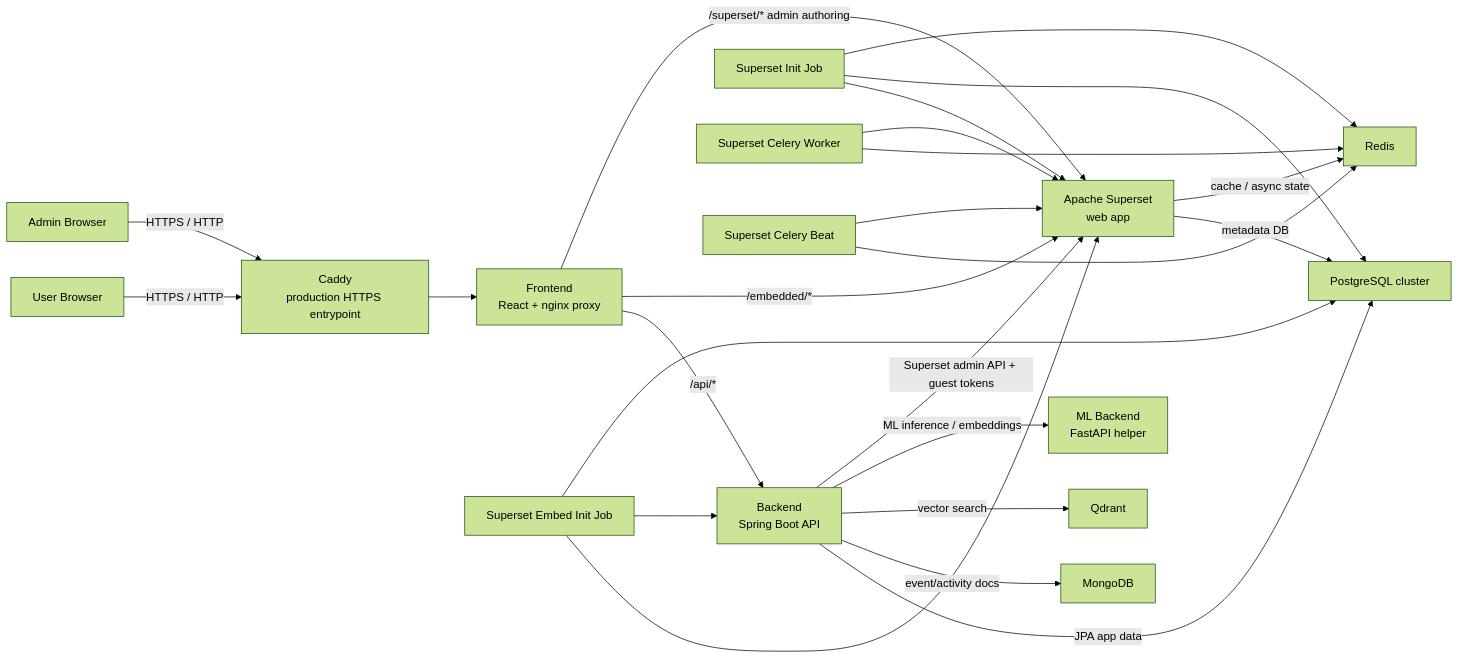
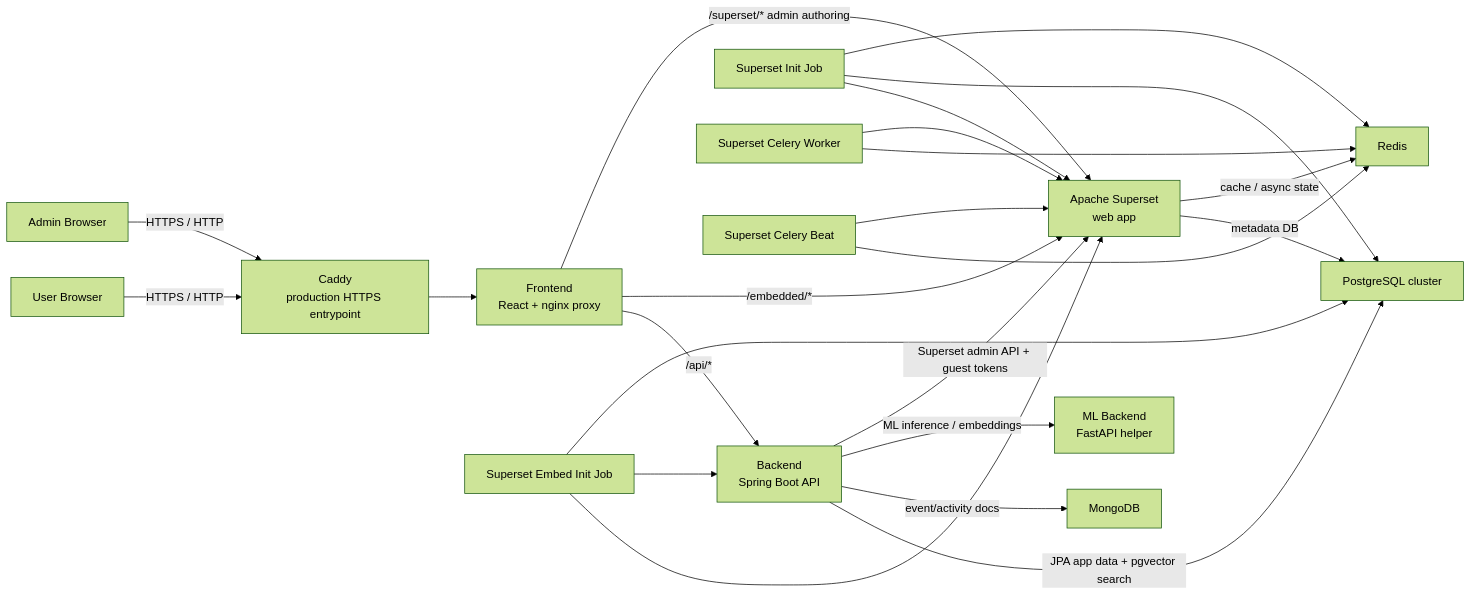
The diagram in docs/architecture.md (GrahamCHill/Meshable-Ops), drawn with Mermaid (forest theme) before and after one commit. The commit also changed other lines of this file and 20 other files, not shown here.

````diff
--- a/docs/architecture.md
+++ b/docs/architecture.md
@@ -25,50 +25,48 @@
 ```mermaid
 flowchart LR
     user["User Browser"]
     admin["Admin Browser"]
 
     caddy["Caddy\nproduction HTTPS entrypoint"]
     frontend["Frontend\nReact + nginx proxy"]
     backend["Backend\nSpring Boot API"]
     ml["ML Backend\nFastAPI helper"]
 
     superset["Apache Superset\nweb app"]
     supersetInit["Superset Init Job"]
     supersetEmbedInit["Superset Embed Init Job"]
     supersetWorker["Superset Celery Worker"]
     supersetBeat["Superset Celery Beat"]
 
     pg["PostgreSQL cluster"]
     mongo["MongoDB"]
-    qdrant["Qdrant"]
     redis["Redis"]
 
     user -->|"HTTPS / HTTP"| caddy
     admin -->|"HTTPS / HTTP"| caddy
     caddy --> frontend
 
     frontend -->|"/api/*"| backend
     frontend -->|"/embedded/*"| superset
     frontend -->|"/superset/* admin authoring"| superset
 
-    backend -->|JPA app data| pg
+    backend -->|JPA app data + pgvector search| pg
     backend -->|event/activity docs| mongo
-    backend -->|vector search| qdrant
     backend -->|ML inference / embeddings| ml
     backend -->|Superset admin API + guest tokens| superset
 
     superset -->|metadata DB| pg
     superset -->|cache / async state| redis
     supersetWorker --> redis
     supersetBeat --> redis
     supersetWorker --> superset
     supersetBeat --> superset
 
     supersetInit --> superset
     supersetInit --> pg
     supersetInit --> redis
 
     supersetEmbedInit --> superset
     supersetEmbedInit --> backend
     supersetEmbedInit --> pg
 ```
````
